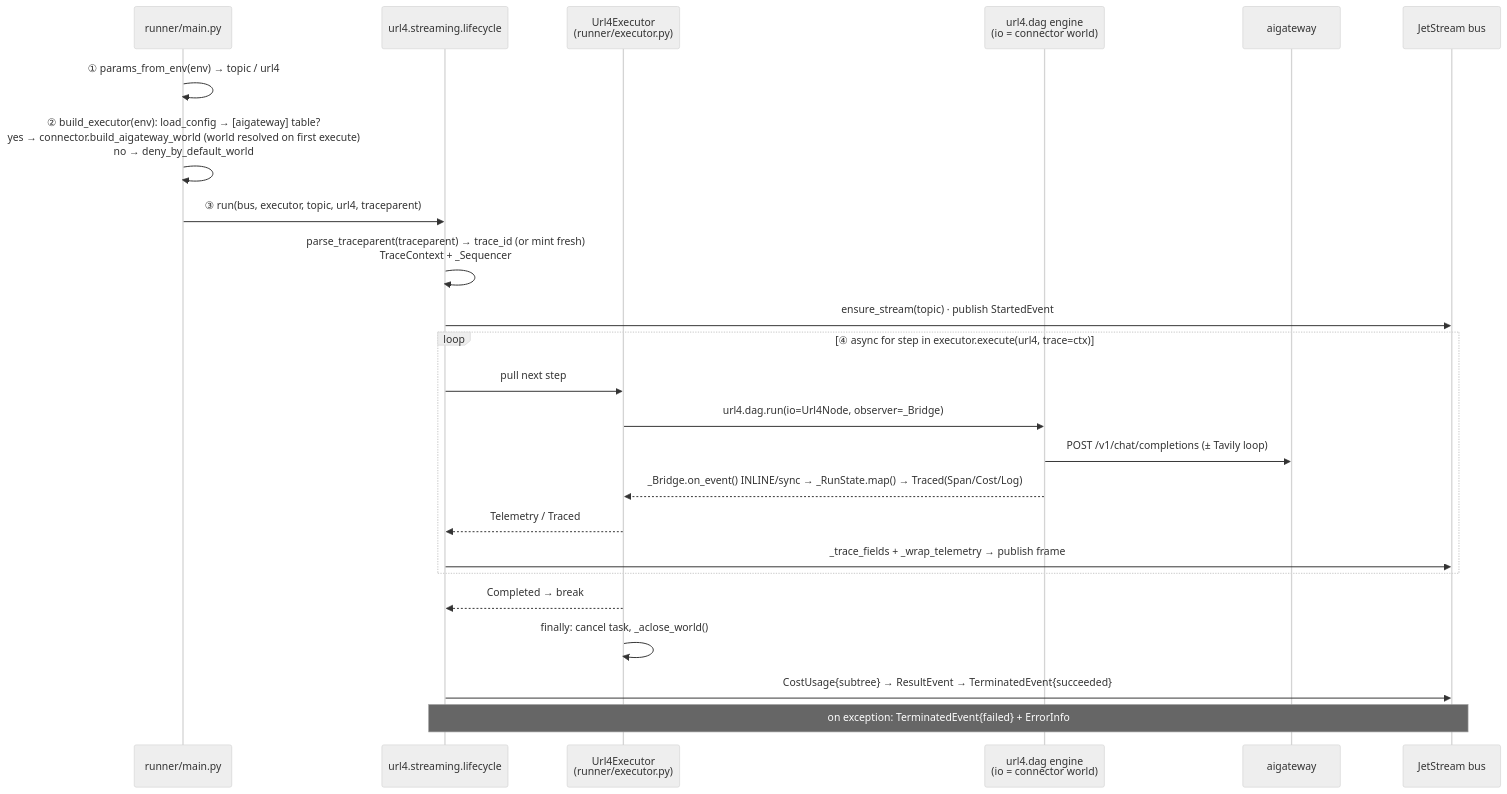
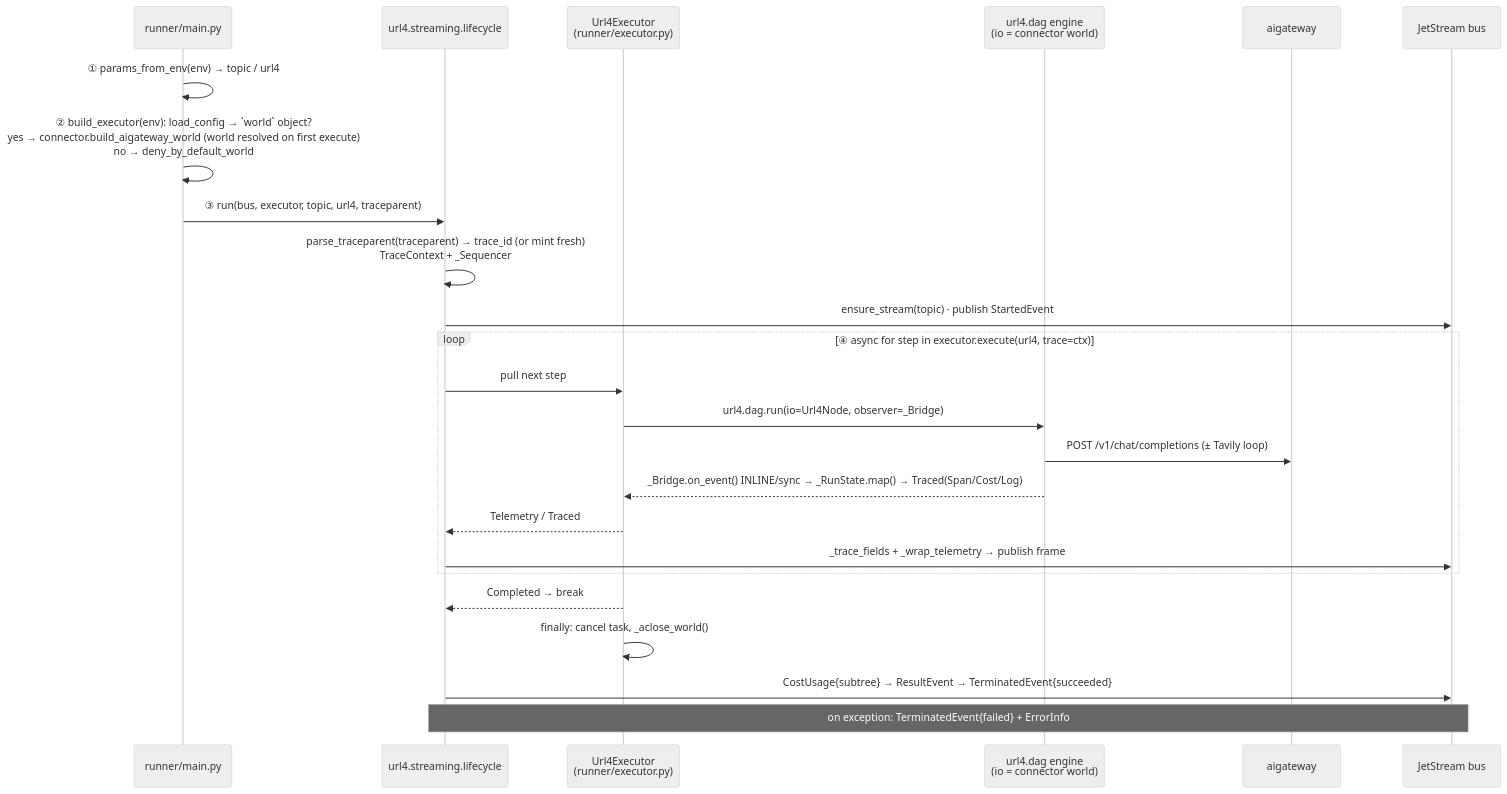
One commit to ScreamingFace/screamingface changed the third of 3 diagrams in apps/screamingface-engine/docs/execution-flow-diagrams.md. Above: the diagram before and after it, drawn with Mermaid (neutral theme). The commit also changed other lines of this file and 38 other files, not shown here.

````diff
--- a/apps/screamingface-engine/docs/execution-flow-diagrams.md
+++ b/apps/screamingface-engine/docs/execution-flow-diagrams.md
@@ -102,29 +102,29 @@
 ```mermaid
 sequenceDiagram
     participant M as runner/main.py
     participant L as url4.streaming.lifecycle
     participant X as Url4Executor<br>(runner/executor.py)
     participant E as url4.dag engine<br>(io = connector world)
     participant G as aigateway
     participant B as JetStream bus
 
     M->>M: ① params_from_env(env) → topic / url4
-    M->>M: ② build_executor(env): load_config → [aigateway] table?<br>yes → connector.build_aigateway_world (world resolved on first execute)<br>no → deny_by_default_world
+    M->>M: ② build_executor(env): load_config → `world` object?<br>yes → connector.build_aigateway_world (world resolved on first execute)<br>no → deny_by_default_world
     M->>L: ③ run(bus, executor, topic, url4, traceparent)
     L->>L: parse_traceparent(traceparent) → trace_id (or mint fresh)<br>TraceContext + _Sequencer
     L->>B: ensure_stream(topic) · publish StartedEvent
 
     loop ④ async for step in executor.execute(url4, trace=ctx)
         L->>X: pull next step
         X->>E: url4.dag.run(io=Url4Node, observer=_Bridge)
         E->>G: POST /v1/chat/completions (± Tavily loop)
         E-->>X: _Bridge.on_event() INLINE/sync → _RunState.map() → Traced(Span/Cost/Log)
         X-->>L: Telemetry / Traced
         L->>B: _trace_fields + _wrap_telemetry → publish frame
     end
 
     X-->>L: Completed → break
     X->>X: finally: cancel task, _aclose_world()
     L->>B: CostUsage{subtree} → ResultEvent → TerminatedEvent{succeeded}
     Note over L,B: on exception: TerminatedEvent{failed} + ErrorInfo
 ```
````
